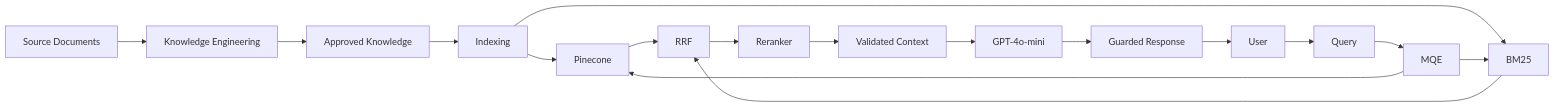
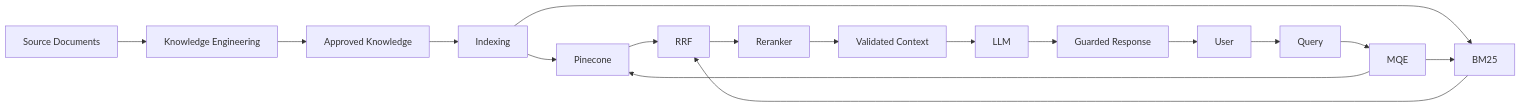
Diagram 29 of 33 in docs/ARCHITECTURE.md (AdithyaGopakumar/Advanced-RAG-Banking), drawn with Mermaid before and after one commit. The commit also changed other lines of this file, not shown here.

Commit message:
Final review of the architecture diagram completed.

````diff
--- a/docs/ARCHITECTURE.md
+++ b/docs/ARCHITECTURE.md
@@ -1031,24 +1031,24 @@
 ``` mermaid
 flowchart LR
     Source["Source Documents"] --> Knowledge["Knowledge Engineering"]
     Knowledge --> Approved["Approved Knowledge"]
 
     Approved --> Index["Indexing"]
     Index --> Vector["Pinecone"]
     Index --> Lexical["BM25"]
 
     User["User"] --> Query["Query"]
     Query --> MQE["MQE"]
 
     MQE --> Vector
     MQE --> Lexical
 
     Vector --> Fusion["RRF"]
     Lexical --> Fusion
     Fusion --> Rerank["Reranker"]
     Rerank --> Context["Validated Context"]
 
-    Context --> LLM["GPT-4o-mini"]
+    Context --> LLM["LLM"]
     LLM --> Output["Guarded Response"]
     Output --> User
 ```
````
